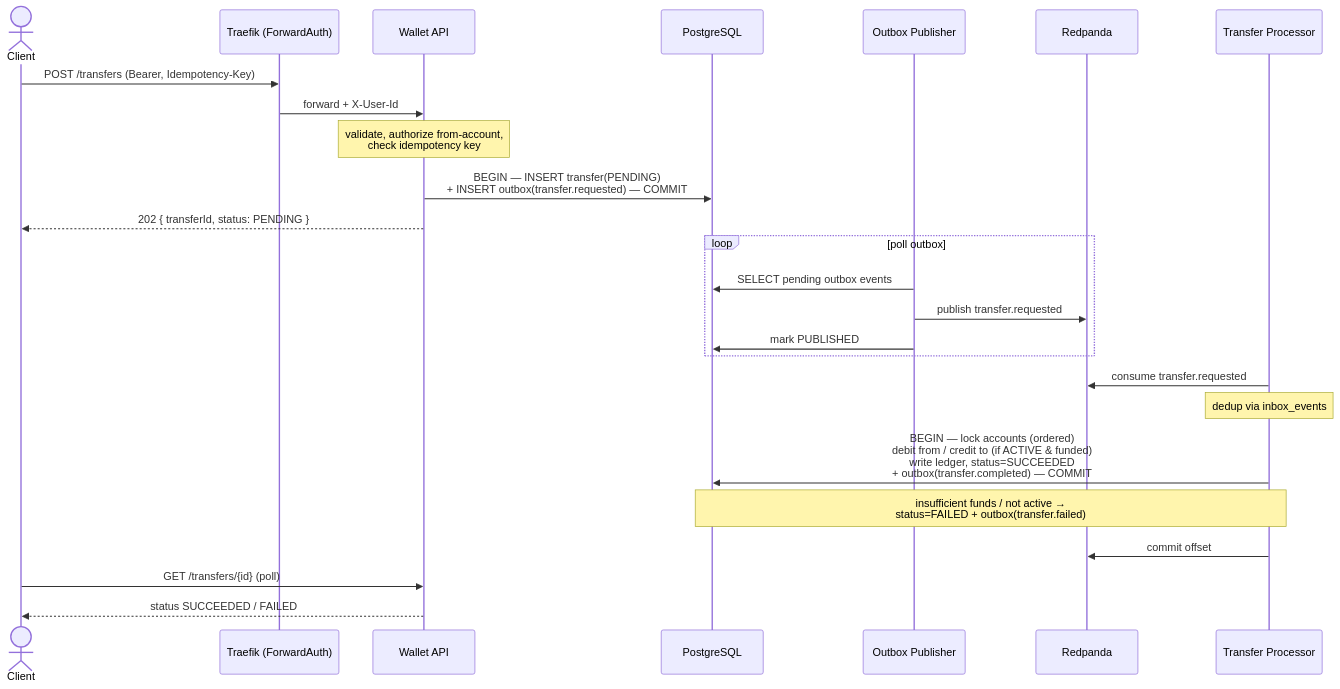
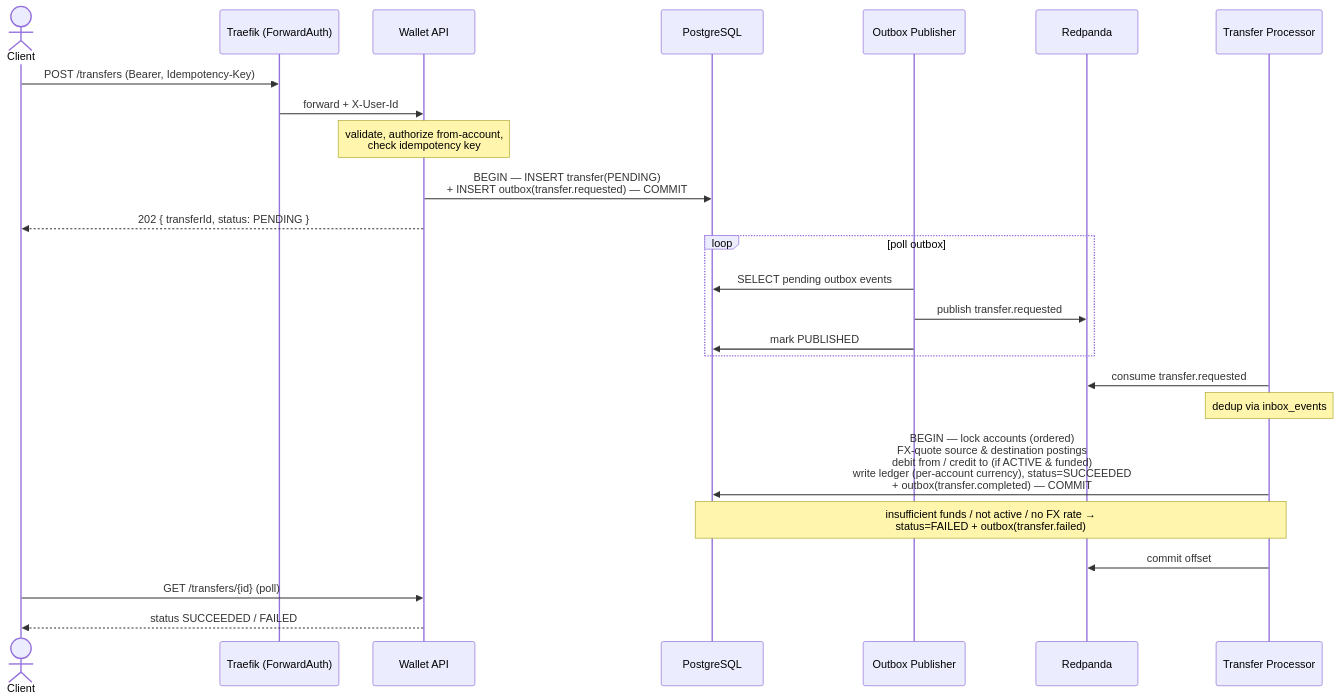
Before and after one commit to Phathdt/transx: the second of 5 diagrams in README.md, drawn with Mermaid. The commit also changed other lines of this file, not shown here.

````diff
--- a/README.md
+++ b/README.md
@@ -285,31 +296,31 @@
 ```mermaid
 sequenceDiagram
     actor C as Client
     participant GW as Traefik (ForwardAuth)
     participant API as Wallet API
     participant DB as PostgreSQL
     participant PUB as Outbox Publisher
     participant RP as Redpanda
     participant PR as Transfer Processor
 
     C->>GW: POST /transfers (Bearer, Idempotency-Key)
     GW->>API: forward + X-User-Id
     Note over API: validate, authorize from-account,<br/>check idempotency key
     API->>DB: BEGIN — INSERT transfer(PENDING)<br/>+ INSERT outbox(transfer.requested) — COMMIT
     API-->>C: 202 { transferId, status: PENDING }
 
     loop poll outbox
         PUB->>DB: SELECT pending outbox events
         PUB->>RP: publish transfer.requested
         PUB->>DB: mark PUBLISHED
     end
 
     PR->>RP: consume transfer.requested
     Note over PR: dedup via inbox_events
-    PR->>DB: BEGIN — lock accounts (ordered)<br/>debit from / credit to (if ACTIVE & funded)<br/>write ledger, status=SUCCEEDED<br/>+ outbox(transfer.completed) — COMMIT
-    Note over PR,DB: insufficient funds / not active →<br/>status=FAILED + outbox(transfer.failed)
+    PR->>DB: BEGIN — lock accounts (ordered)<br/>FX-quote source & destination postings<br/>debit from / credit to (if ACTIVE & funded)<br/>write ledger (per-account currency), status=SUCCEEDED<br/>+ outbox(transfer.completed) — COMMIT
+    Note over PR,DB: insufficient funds / not active / no FX rate →<br/>status=FAILED + outbox(transfer.failed)
     PR->>RP: commit offset
 
     C->>API: GET /transfers/{id} (poll)
     API-->>C: status SUCCEEDED / FAILED
 ```
````
